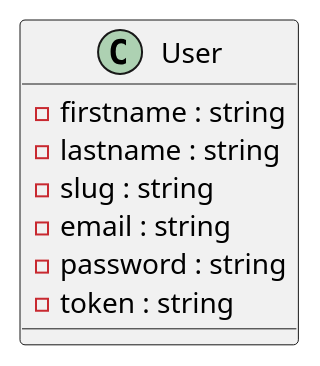
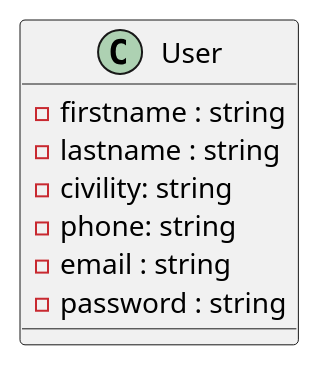
The diagram in diagrams-uml/Class/User.puml (laurasullyalexandrine/BileMo), drawn with PlantUML before and after one commit. The commit also changed 1 other file, not shown here.

```diff
--- a/diagrams-uml/Class/User.puml
+++ b/diagrams-uml/Class/User.puml
@@ -1,14 +1,14 @@
 @startuml User
 
 Class User {
     
     - firstname : string
     - lastname : string
-    - slug : string
+    - civility: string
+    - phone: string
     - email : string
     - password : string
-    - token : string
 
 }
 
 @enduml
```
